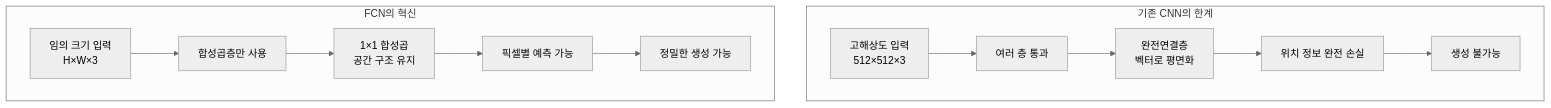
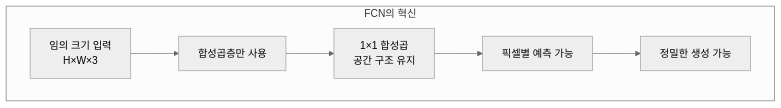
The seventh of 25 diagrams in 위클리페이퍼/위클리_페이퍼_9_AI4기_김명환.md (c0z0c/sprint_mission), drawn with Mermaid (neutral theme) before and after one commit. The commit also changed other lines of this file, not shown here.

Commit message:
위클리_페이퍼_9_AI4기_김명환.md 오타 수정

````diff
--- a/위클리페이퍼/위클리_페이퍼_9_AI4기_김명환.md
+++ b/위클리페이퍼/위클리_페이퍼_9_AI4기_김명환.md
@@ -192,16 +203,10 @@
 ```mermaid
 graph TB
-    subgraph "기존 CNN의 한계"
-        A1["고해상도 입력<br/>512×512×3"] --> B1["여러 층 통과"]
-        B1 --> C1["완전연결층<br/>벡터로 평면화"]
-        C1 --> D1["위치 정보 완전 손실"]
-        D1 --> E1["생성 불가능"]
-    end
-    
     subgraph "FCN의 혁신"  
+        direction LR
         A2["임의 크기 입력<br/>H×W×3"] --> B2["합성곱층만 사용"]
         B2 --> C2["1×1 합성곱<br/>공간 구조 유지"]
         C2 --> D2["픽셀별 예측 가능"]
         D2 --> E2["정밀한 생성 가능"]
     end
 ```
````
